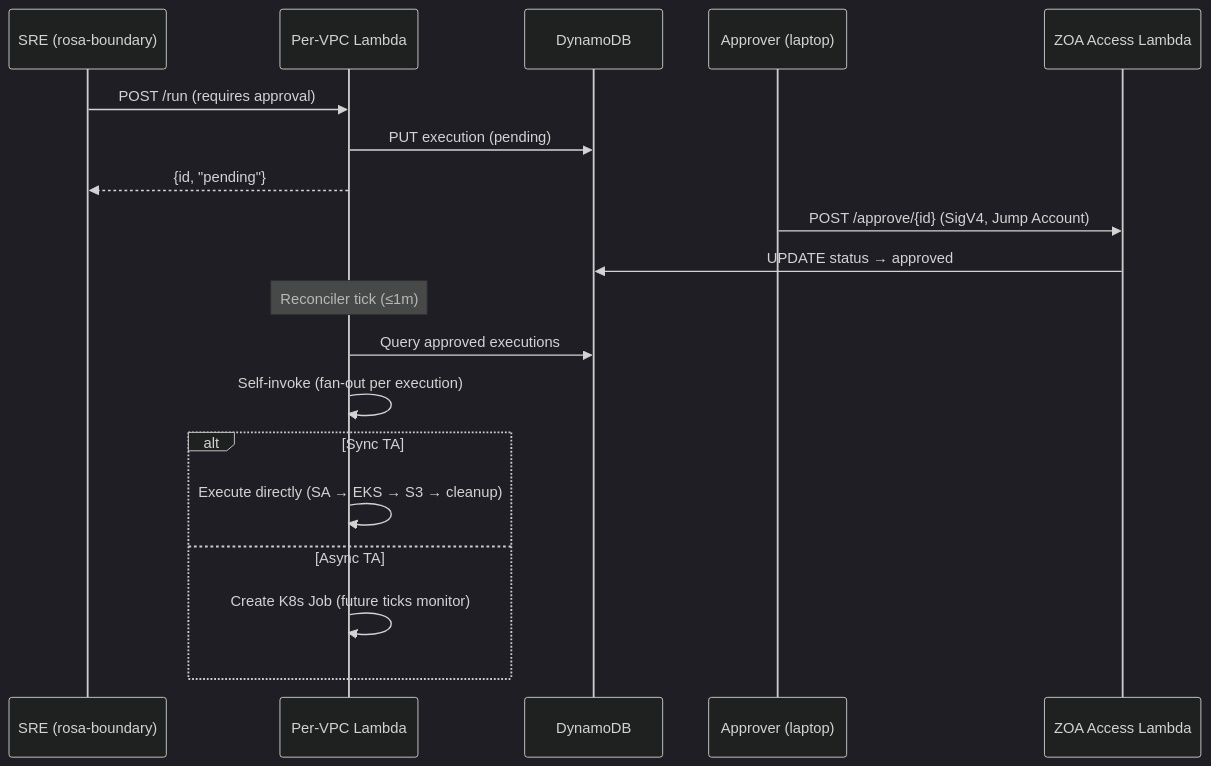
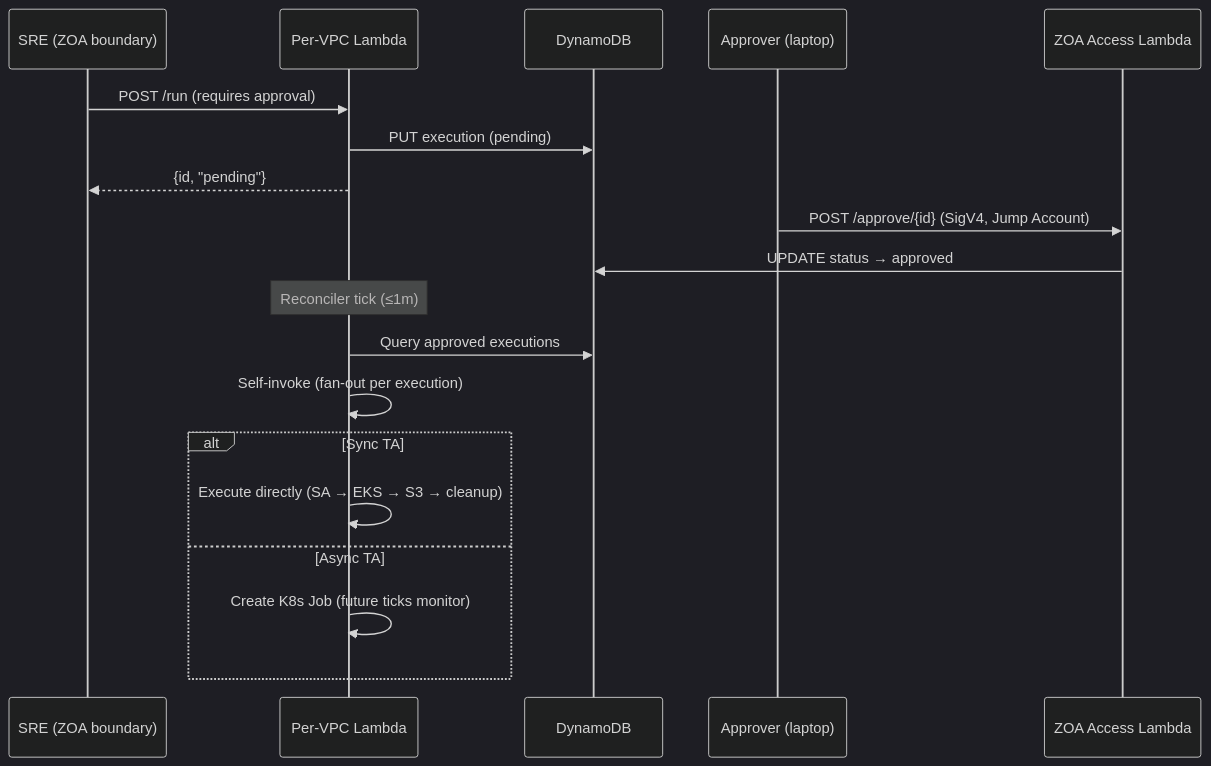
Before and after one commit to rosa-regional-platform-ci/rosa-hyperfleet: the second of 2 diagrams in docs/design/zoa-architecture.md, drawn with Mermaid (dark theme). The commit also changed other lines of this file and 20 other files, not shown here.

First line of the commit message:
feat(zoa-boundary): split exec log groups and bump boundary image

````diff
--- a/docs/design/zoa-architecture.md
+++ b/docs/design/zoa-architecture.md
@@ -365,25 +365,25 @@
 ```mermaid
 sequenceDiagram
-    participant SRE as SRE (rosa-boundary)
+    participant SRE as SRE (ZOA boundary)
     participant Lambda as Per-VPC Lambda
     participant DDB as DynamoDB
     participant Approver as Approver (laptop)
     participant Access as ZOA Access Lambda
 
     SRE->>Lambda: POST /run (requires approval)
     Lambda->>DDB: PUT execution (pending)
     Lambda-->>SRE: {id, "pending"}
 
     Approver->>Access: POST /approve/{id} (SigV4, Jump Account)
     Access->>DDB: UPDATE status → approved
 
     Note over Lambda: Reconciler tick (≤1m)
     Lambda->>DDB: Query approved executions
     Lambda->>Lambda: Self-invoke (fan-out per execution)
 
     alt Sync TA
         Lambda->>Lambda: Execute directly (SA → EKS → S3 → cleanup)
     else Async TA
         Lambda->>Lambda: Create K8s Job (future ticks monitor)
     end
 ```
````
